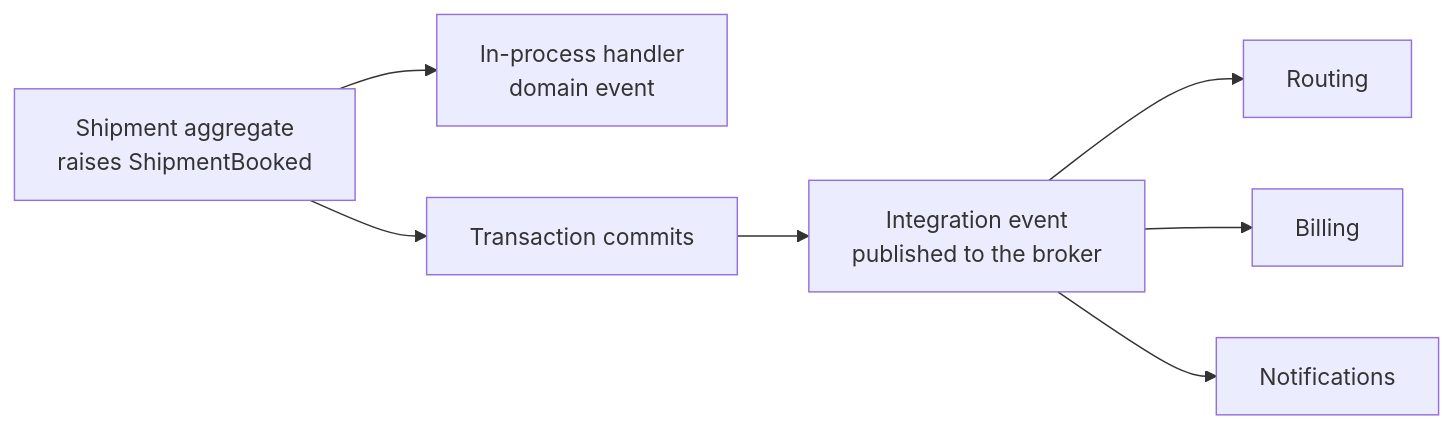
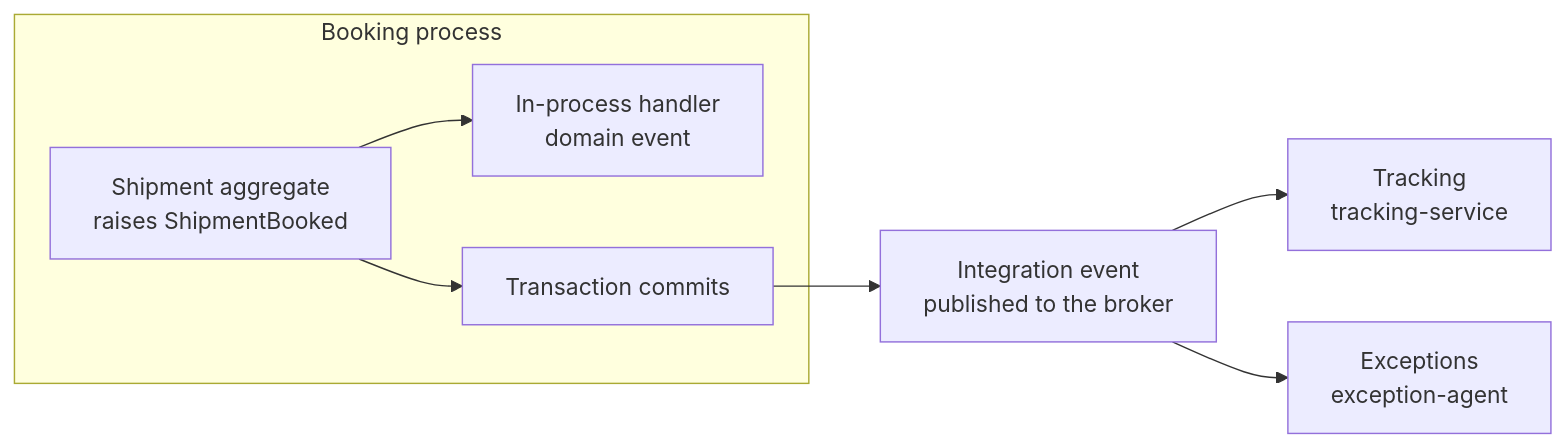
The diagram in demos/01-distributed-design/04-event-types/readme.md (alexander-kastil/az-cloud-native), drawn with Mermaid before and after one commit. The commit also changed other lines of this file and 1059 other files, not shown here.

````diff
--- a/demos/01-distributed-design/04-event-types/readme.md
+++ b/demos/01-distributed-design/04-event-types/readme.md
@@ -17,9 +17,10 @@
 ```mermaid
 flowchart LR
-    Agg["Shipment aggregate<br/>raises ShipmentBooked"] --> Handler["In-process handler<br/>domain event"]
-    Agg --> Commit["Transaction commits"]
+    subgraph BookingProcess["Booking process"]
+        Agg["Shipment aggregate<br/>raises ShipmentBooked"] --> Handler["In-process handler<br/>domain event"]
+        Agg --> Commit["Transaction commits"]
+    end
     Commit --> Pub["Integration event<br/>published to the broker"]
-    Pub --> Routing["Routing"]
-    Pub --> Billing["Billing"]
-    Pub --> Notify["Notifications"]
+    Pub --> Tracking["Tracking<br/>tracking-service"]
+    Pub --> Exceptions["Exceptions<br/>exception-agent"]
 ```
````
